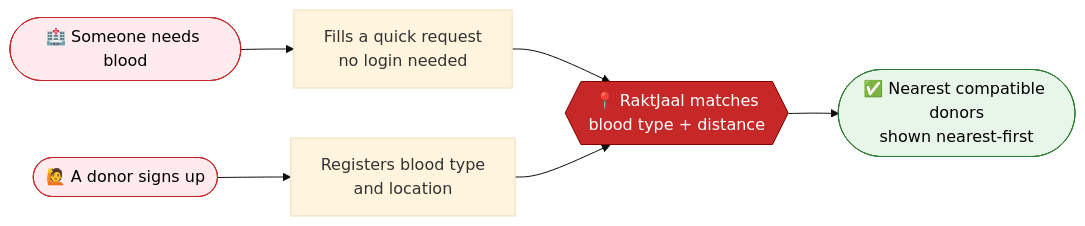
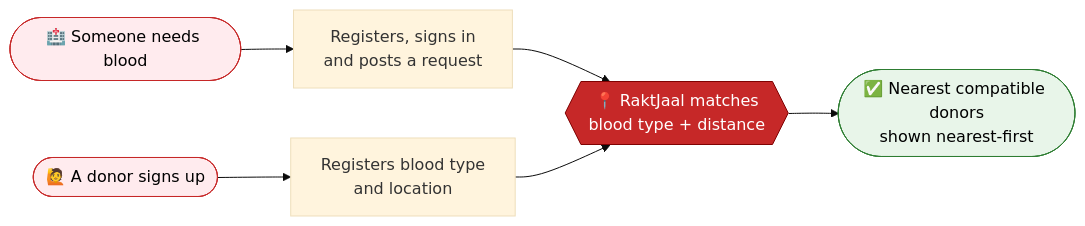
Before and after one commit to samsara0902/Raktjaal-connected-network-for-blood-donor-and-reciever: the first of 2 diagrams in README.md, drawn with Mermaid (base theme). The commit also changed other lines of this file, not shown here.

````diff
--- a/README.md
+++ b/README.md
@@ -78,13 +78,13 @@
 ```mermaid
 flowchart LR
-    A([🏥 Someone needs blood]) --> B[Fills a quick request<br/>no login needed]
+    A([🏥 Someone needs blood]) --> B[Registers, signs in<br/>and posts a request]
     C([🙋 A donor signs up]) --> D[Registers blood type<br/>and location]
     B --> E{{📍 RaktJaal matches<br/>blood type + distance}}
     D --> E
     E --> F([✅ Nearest compatible donors<br/>shown nearest-first])
 
     style A fill:#ffebee,stroke:#c62828,color:#000
     style C fill:#ffebee,stroke:#c62828,color:#000
     style E fill:#c62828,stroke:#7f0000,color:#fff
     style F fill:#e8f5e9,stroke:#2e7d32,color:#000
 ```
````
